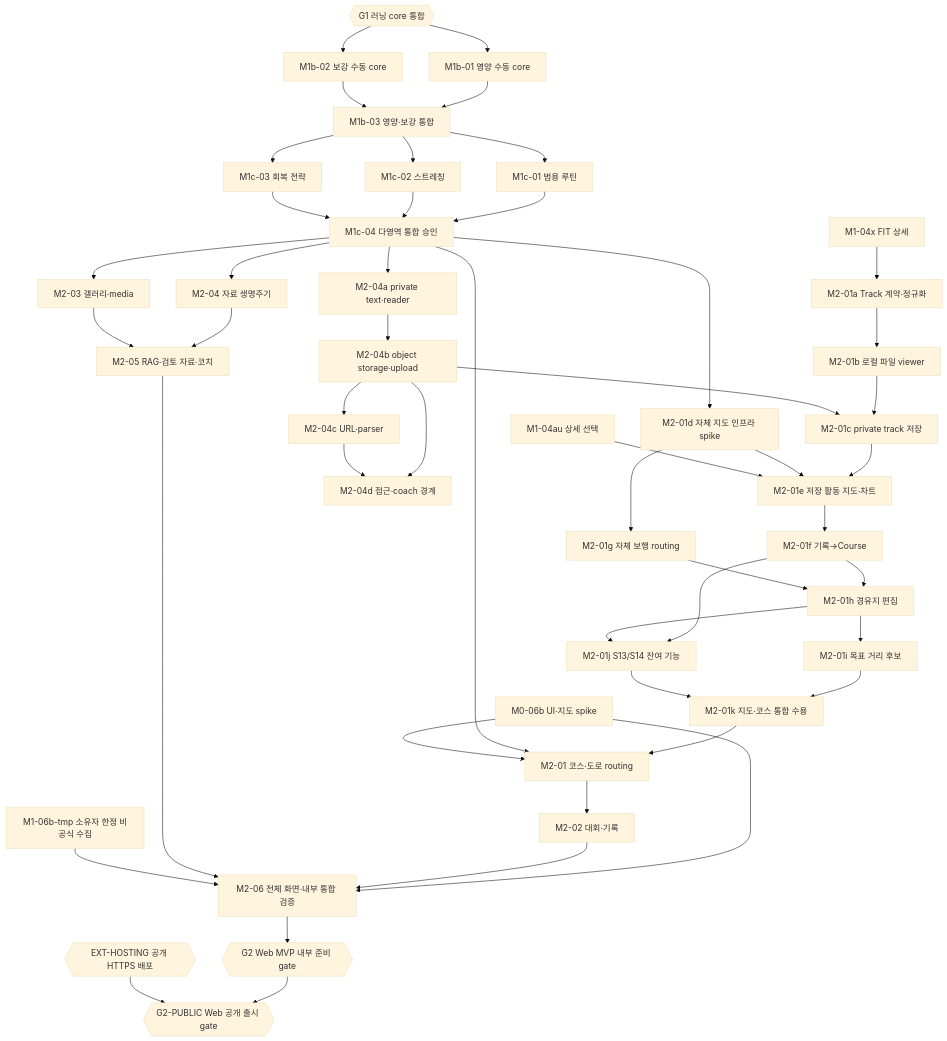
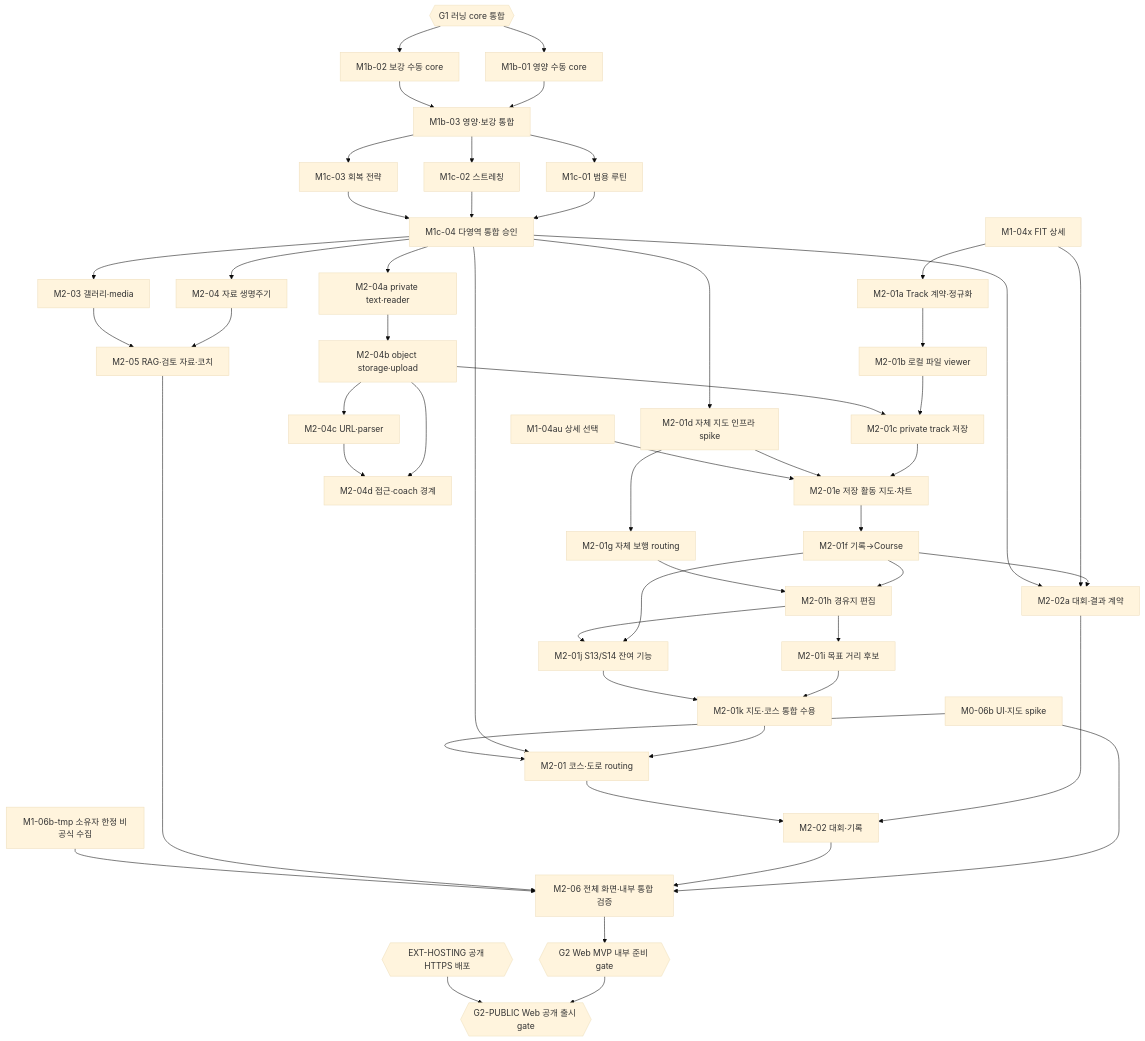
Before and after one commit to peacecheejecake/workout-manager: the second of 3 diagrams in docs/implementation/task-graph.md, drawn with Mermaid (base theme). The commit also changed 4 other files, not shown here.

Commit message:
fix(m2-02): validate race display text and graph edges

```diff
--- a/docs/implementation/task-graph.md
+++ b/docs/implementation/task-graph.md
@@ -472,6 +472,7 @@
     selectionBase["M1-04au 상세 선택"] --> mape
     mapk --> task26
     task27["M2-02 대회·기록"]
+    task27a["M2-02a 대회·결과 계약"]
     task28["M2-03 갤러리·media"]
     task29["M2-04 자료 생명주기"]
     task29a["M2-04a private text·reader"]
@@ -495,6 +496,10 @@
     task24 --> task25
     task25 --> task26
     task7 --> task26
+    mapf --> task27a
+    trackBase --> task27a
+    task25 --> task27a
+    task27a --> task27
     task26 --> task27
     task25 --> task28
     task25 --> task29a
```
